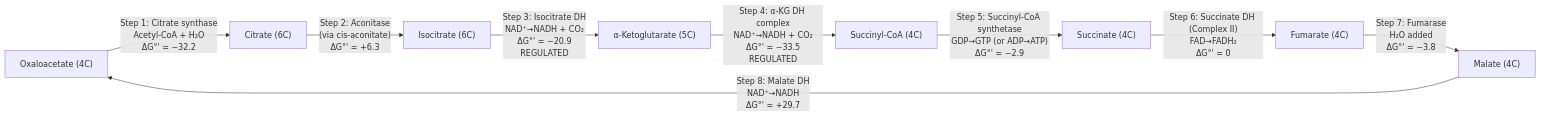
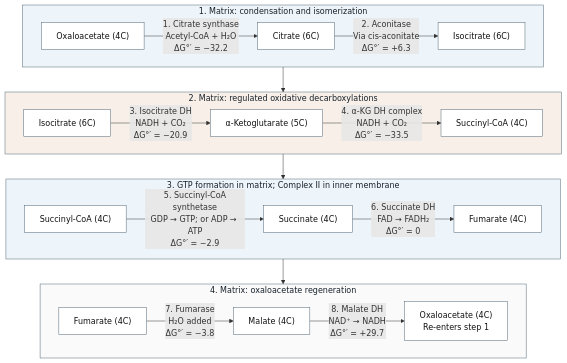
The fifth of 8 diagrams in docs/manuscript/unit_III/bioenergetics_and_respiration.md (docxology/biology_textbook), drawn with Mermaid before and after one commit. The commit also changed other lines of this file and 41 other files, not shown here.

````diff
--- a/docs/manuscript/unit_III/bioenergetics_and_respiration.md
+++ b/docs/manuscript/unit_III/bioenergetics_and_respiration.md
@@ -471,20 +511,36 @@
 ```mermaid
-flowchart LR
-    OAA["Oxaloacetate (4C)"]
-    Citrate["Citrate (6C)"]
-    Isocitrate["Isocitrate (6C)"]
-    alphaKG["α-Ketoglutarate (5C)"]
-    SuccCoA["Succinyl-CoA (4C)"]
-    Succ["Succinate (4C)"]
-    Fum["Fumarate (4C)"]
-    Mal["Malate (4C)"]
-
-    OAA -->|"Step 1: Citrate synthase<br/>Acetyl-CoA + H₂O<br/>ΔG°' = −32.2"| Citrate
-    Citrate -->|"Step 2: Aconitase<br/>(via cis-aconitate)<br/>ΔG°' = +6.3"| Isocitrate
-    Isocitrate -->|"Step 3: Isocitrate DH<br/>NAD⁺→NADH + CO₂<br/>ΔG°' = −20.9<br/>REGULATED"| alphaKG
-    alphaKG -->|"Step 4: α-KG DH complex<br/>NAD⁺→NADH + CO₂<br/>ΔG°' = −33.5<br/>REGULATED"| SuccCoA
-    SuccCoA -->|"Step 5: Succinyl-CoA synthetase<br/>GDP→GTP (or ADP→ATP)<br/>ΔG°' = −2.9"| Succ
-    Succ -->|"Step 6: Succinate DH (Complex II)<br/>FAD→FADH₂<br/>ΔG°' = 0"| Fum
-    Fum -->|"Step 7: Fumarase<br/>H₂O added<br/>ΔG°' = −3.8"| Mal
-    Mal -->|"Step 8: Malate DH<br/>NAD⁺→NADH<br/>ΔG°' = +29.7"| OAA
+---
+config:
+  layout: dagre
+---
+flowchart TB
+    subgraph ENTRY["1. Matrix: condensation and isomerization"]
+        direction LR
+        OAA["Oxaloacetate (4C)"] -->|"1. Citrate synthase<br/>Acetyl-CoA + H₂O<br/>ΔG°′ = −32.2"| Citrate["Citrate (6C)"]
+        Citrate -->|"2. Aconitase<br/>Via cis-aconitate<br/>ΔG°′ = +6.3"| Isocitrate["Isocitrate (6C)"]
+    end
+    subgraph DECARB["2. Matrix: regulated oxidative decarboxylations"]
+        direction LR
+        Isocitrate2["Isocitrate (6C)"] -->|"3. Isocitrate DH<br/>NADH + CO₂<br/>ΔG°′ = −20.9"| alphaKG["α-Ketoglutarate (5C)"]
+        alphaKG -->|"4. α-KG DH complex<br/>NADH + CO₂<br/>ΔG°′ = −33.5"| SuccCoA["Succinyl-CoA (4C)"]
+    end
+    subgraph OUTPUT["3. GTP formation in matrix; Complex II in inner membrane"]
+        direction LR
+        SuccCoA2["Succinyl-CoA (4C)"] -->|"5. Succinyl-CoA<br/>synthetase<br/>GDP → GTP; or ADP → ATP<br/>ΔG°′ = −2.9"| Succ["Succinate (4C)"]
+        Succ -->|"6. Succinate DH<br/>FAD → FADH₂<br/>ΔG°′ = 0"| Fum["Fumarate (4C)"]
+    end
+    subgraph REGEN["4. Matrix: oxaloacetate regeneration"]
+        direction LR
+        Fum2["Fumarate (4C)"] -->|"7. Fumarase<br/>H₂O added<br/>ΔG°′ = −3.8"| Mal["Malate (4C)"]
+        Mal -->|"8. Malate DH<br/>NAD⁺ → NADH<br/>ΔG°′ = +29.7"| OAA2["Oxaloacetate (4C)<br/>Re-enters step 1"]
+    end
+    ENTRY --> DECARB
+    DECARB --> OUTPUT
+    OUTPUT --> REGEN
+    classDef metabolite fill:#ffffff,stroke:#526777,color:#111111
+    class OAA,Citrate,Isocitrate,Isocitrate2,alphaKG,SuccCoA,SuccCoA2,Succ,Fum,Fum2,Mal,OAA2 metabolite
+    style ENTRY fill:#eef5fa,stroke:#526777,color:#17212b
+    style DECARB fill:#f8f0e8,stroke:#526777,color:#17212b
+    style OUTPUT fill:#eef5fa,stroke:#526777,color:#17212b
+    style REGEN fill:#fafafa,stroke:#526777,color:#17212b
 ```
````
